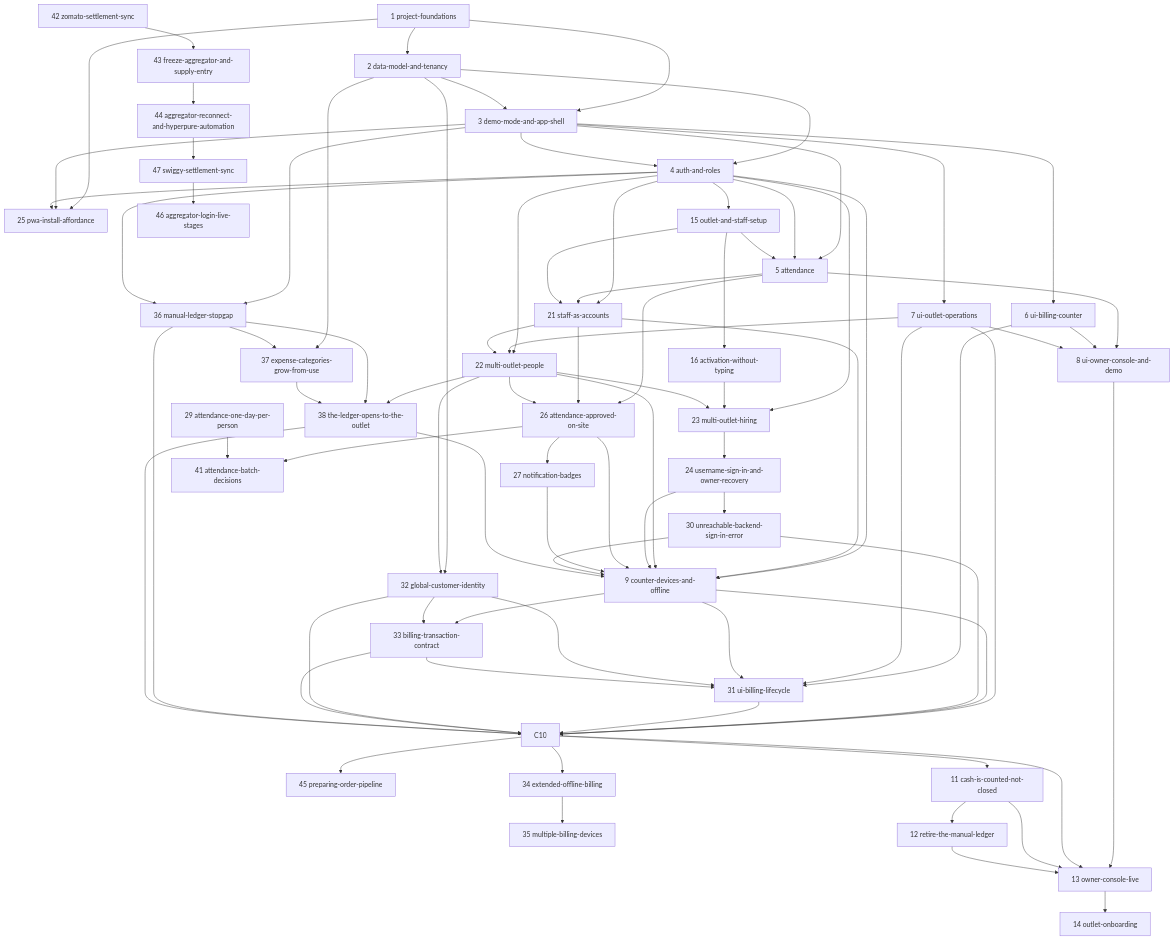
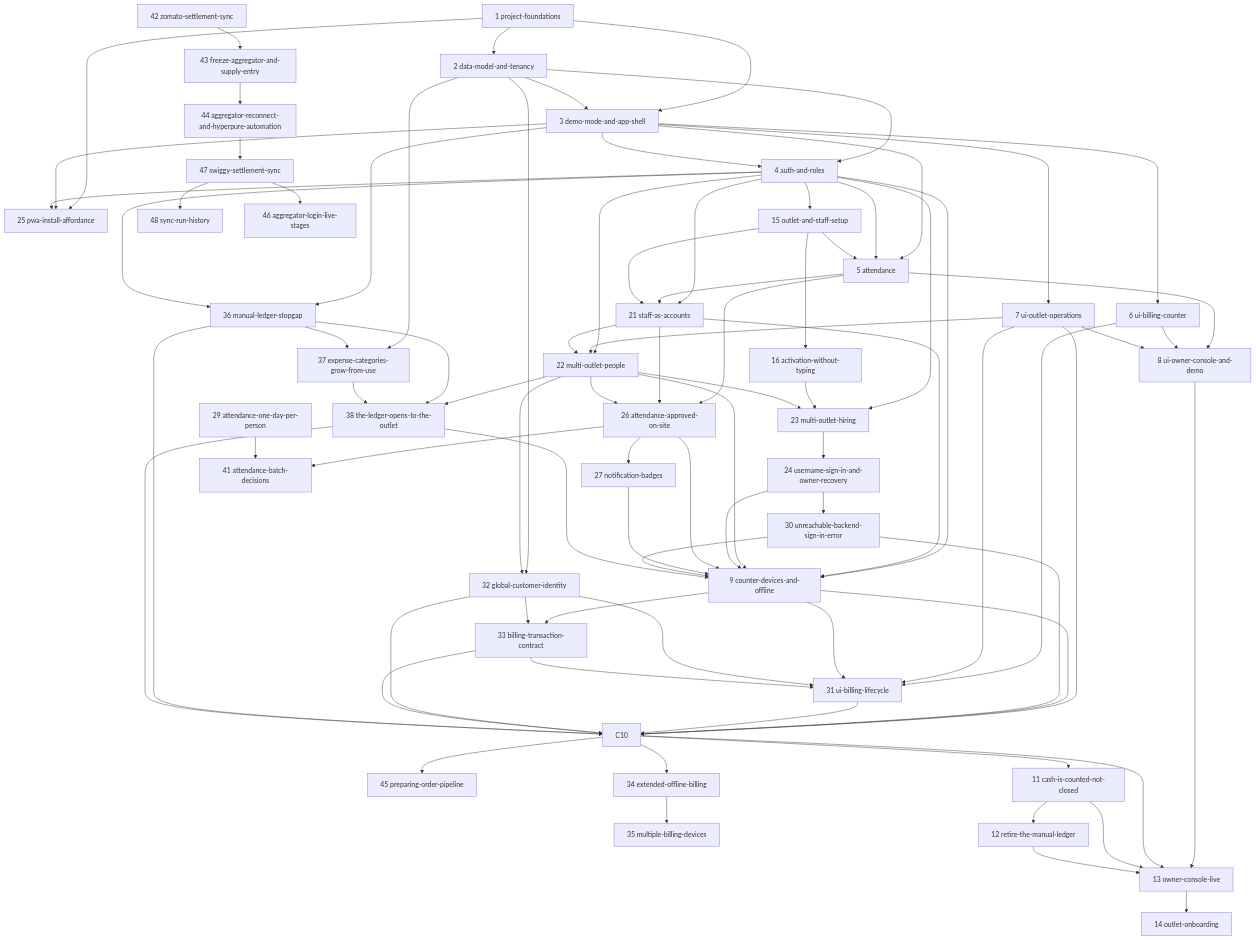
Before and after one commit to abdatta/shawarmania-ops: the diagram in openspec/changes/ROADMAP.md, drawn with Mermaid. The commit also changed other lines of this file and 19 other files, not shown here.

```diff
--- a/openspec/changes/ROADMAP.md
+++ b/openspec/changes/ROADMAP.md
@@ -238,6 +239,7 @@
     C42[42 zomato-settlement-sync] --> C43[43 freeze-aggregator-and-supply-entry]
     C43 --> C44[44 aggregator-reconnect-and-hyperpure-automation]
     C44 --> C47[47 swiggy-settlement-sync]
+    C47 --> C48[48 sync-run-history]
     C47 --> C46[46 aggregator-login-live-stages]
     C10 --> C45[45 preparing-order-pipeline]
     C10 --> C34[34 extended-offline-billing]
```
